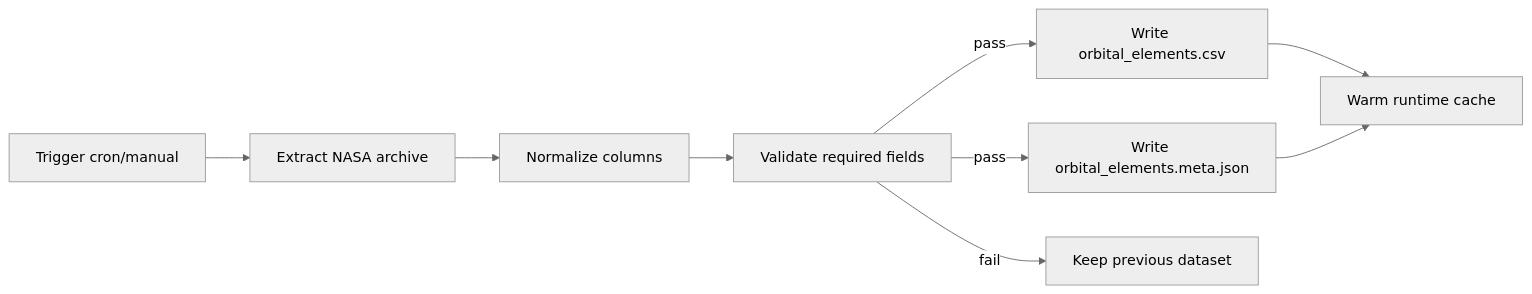
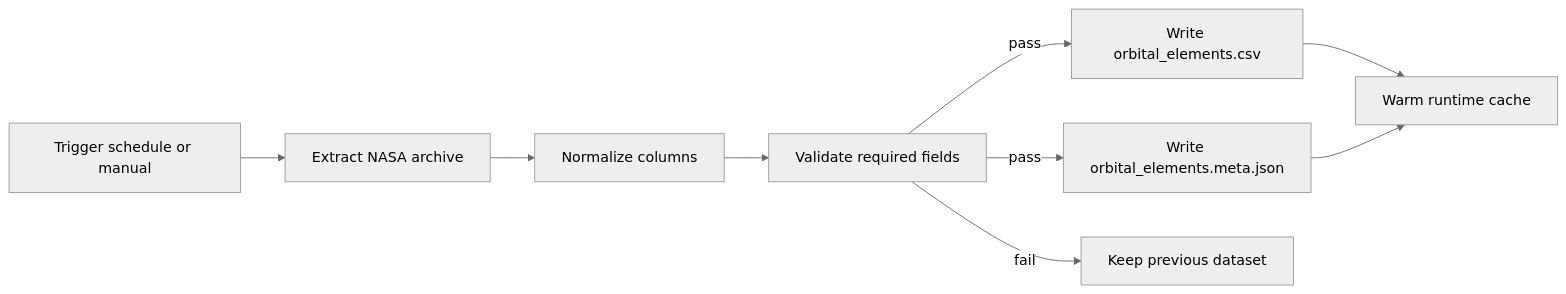
One commit to Procoderdata/hackathonvodich changed the first of 5 diagrams in SYSTEM_PIPELINE.md. Above: the diagram before and after it, drawn with Mermaid (neutral theme). The commit also changed other lines of this file and 1 other file, not shown here.

Commit message:
docs: normalize all Mermaid labels to parser-safe convention

````diff
--- a/SYSTEM_PIPELINE.md
+++ b/SYSTEM_PIPELINE.md
@@ -9,11 +9,11 @@
 ```mermaid
 flowchart LR
-    T[Trigger cron/manual] --> E[Extract NASA archive]
+    T[Trigger schedule or manual] --> E[Extract NASA archive]
     E --> N[Normalize columns]
     N --> V[Validate required fields]
     V -->|pass| W1[Write orbital_elements.csv]
     V -->|pass| W2[Write orbital_elements.meta.json]
     V -->|fail| F[Keep previous dataset]
     W1 --> C[Warm runtime cache]
     W2 --> C
 ```
````
